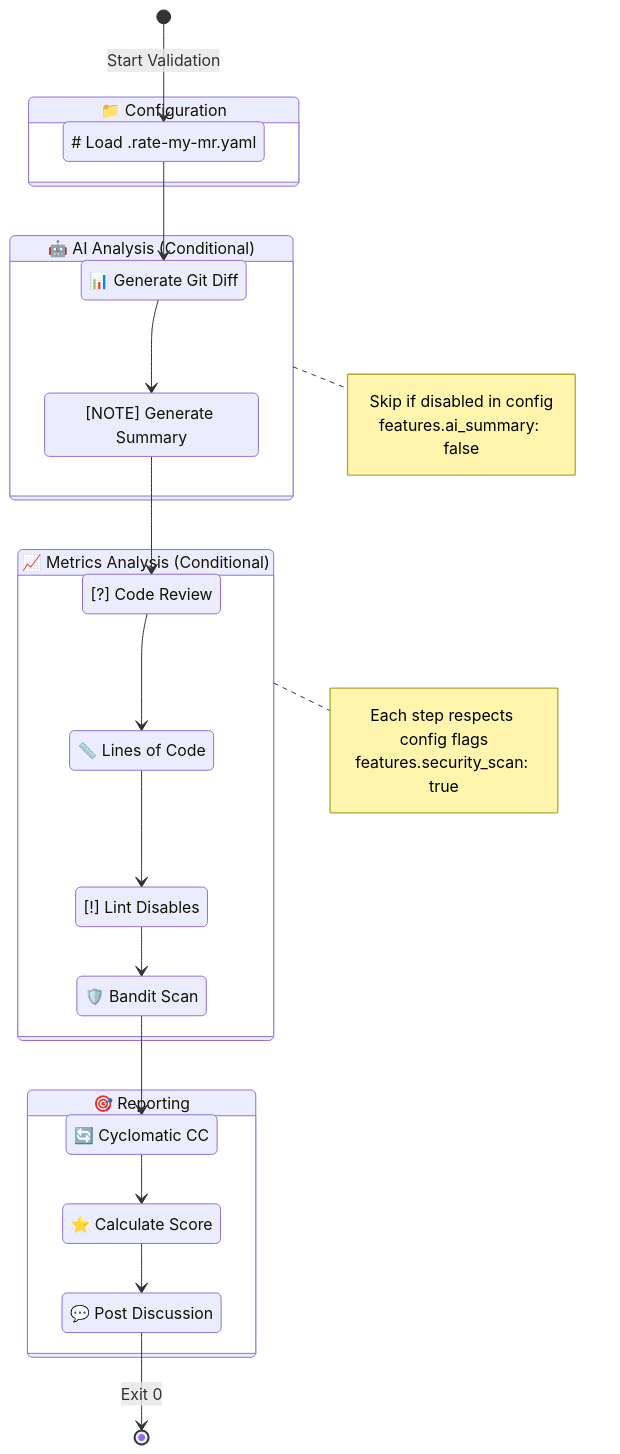
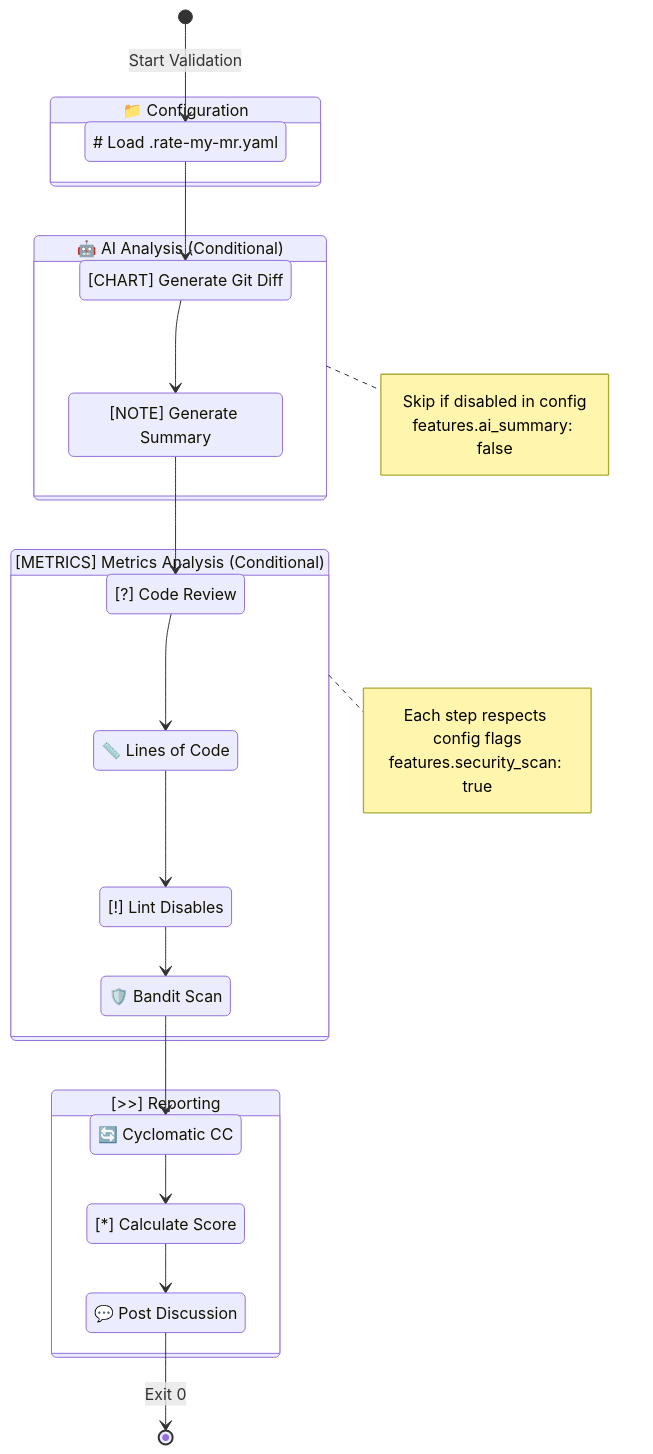
One commit to vigneshpalanivelr/commit-validator changed the fifth of 6 diagrams in ARCHITECTURE.md. Above: the diagram before and after it, drawn with Mermaid. The commit also changed other lines of this file, not shown here.

First line of the commit message:
Replace remaining emojis in ARCHITECTURE.md with ASCII

````diff
--- a/ARCHITECTURE.md
+++ b/ARCHITECTURE.md
@@ -418,47 +418,47 @@
 ```mermaid
 stateDiagram-v2
     [*] --> LoadConfig: Start Validation
 
     state "📁 Configuration" as Config {
         LoadConfig: # Load .rate-my-mr.yaml
         LoadConfig --> CreateDiff
-        CreateDiff: 📊 Generate Git Diff
+        CreateDiff: [CHART] Generate Git Diff
     }
 
     state "🤖 AI Analysis (Conditional)" as AI {
         CreateDiff --> AISummary
         AISummary: [NOTE] Generate Summary
         AISummary --> AICodeReview
         AICodeReview: [?] Code Review
     }
 
-    state "📈 Metrics Analysis (Conditional)" as Metrics {
+    state "[METRICS] Metrics Analysis (Conditional)" as Metrics {
         AICodeReview --> LOCAnalysis
         LOCAnalysis: 📏 Lines of Code
         LOCAnalysis --> LintCheck
         LintCheck: [!] Lint Disables
         LintCheck --> SecurityScan
         SecurityScan: 🛡️ Bandit Scan
         SecurityScan --> Complexity
         Complexity: 🔄 Cyclomatic CC
     }
 
-    state "🎯 Reporting" as Report {
+    state "[>>] Reporting" as Report {
         Complexity --> Rating
-        Rating: ⭐ Calculate Score
+        Rating: [*] Calculate Score
         Rating --> PostToGitLab
         PostToGitLab: 💬 Post Discussion
     }
 
     PostToGitLab --> [*]: Exit 0
 
     note right of AI
         Skip if disabled in config
         features.ai_summary: false
     end note
 
     note right of Metrics
         Each step respects config flags
         features.security_scan: true
     end note
 ```
````
